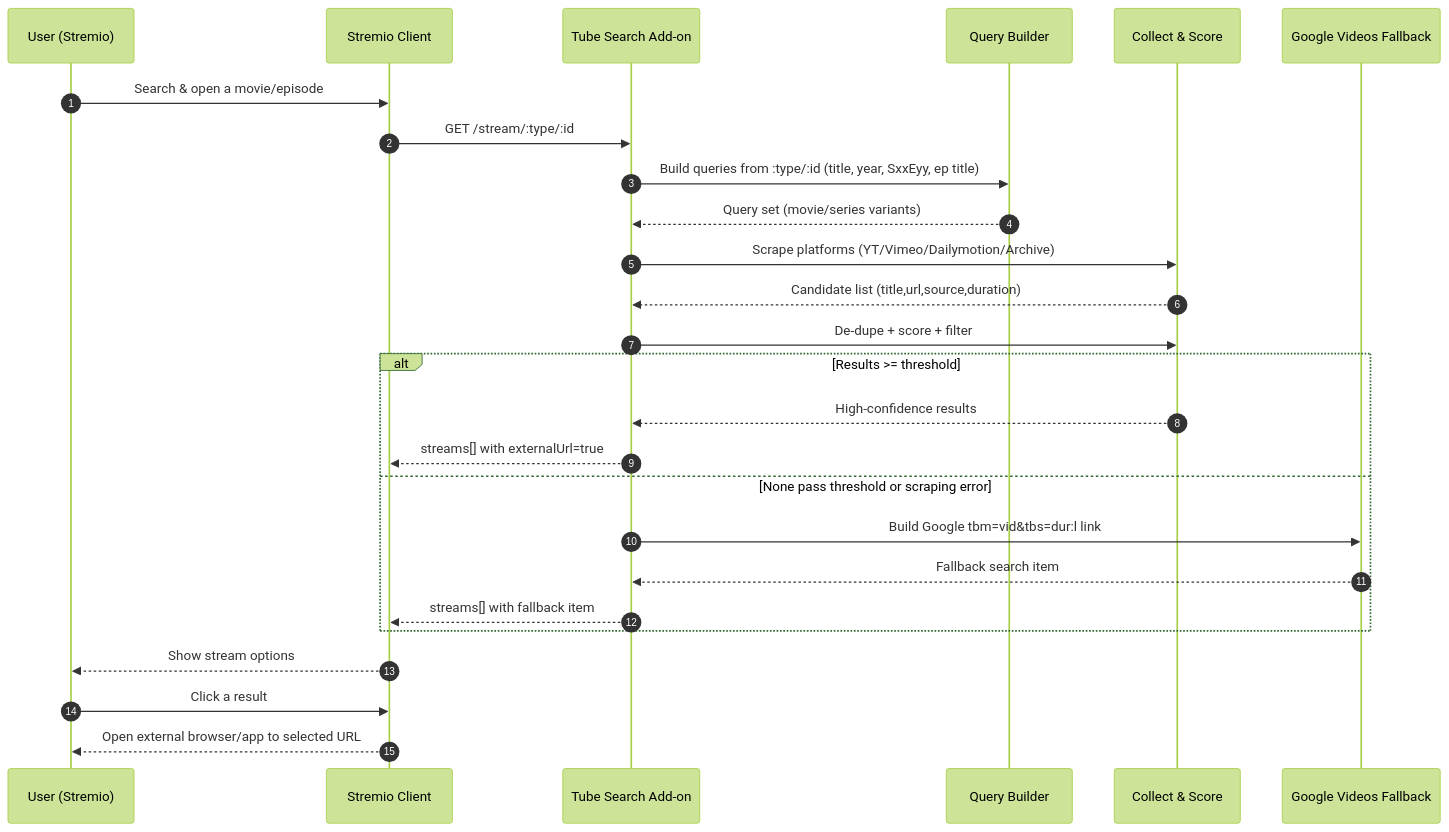
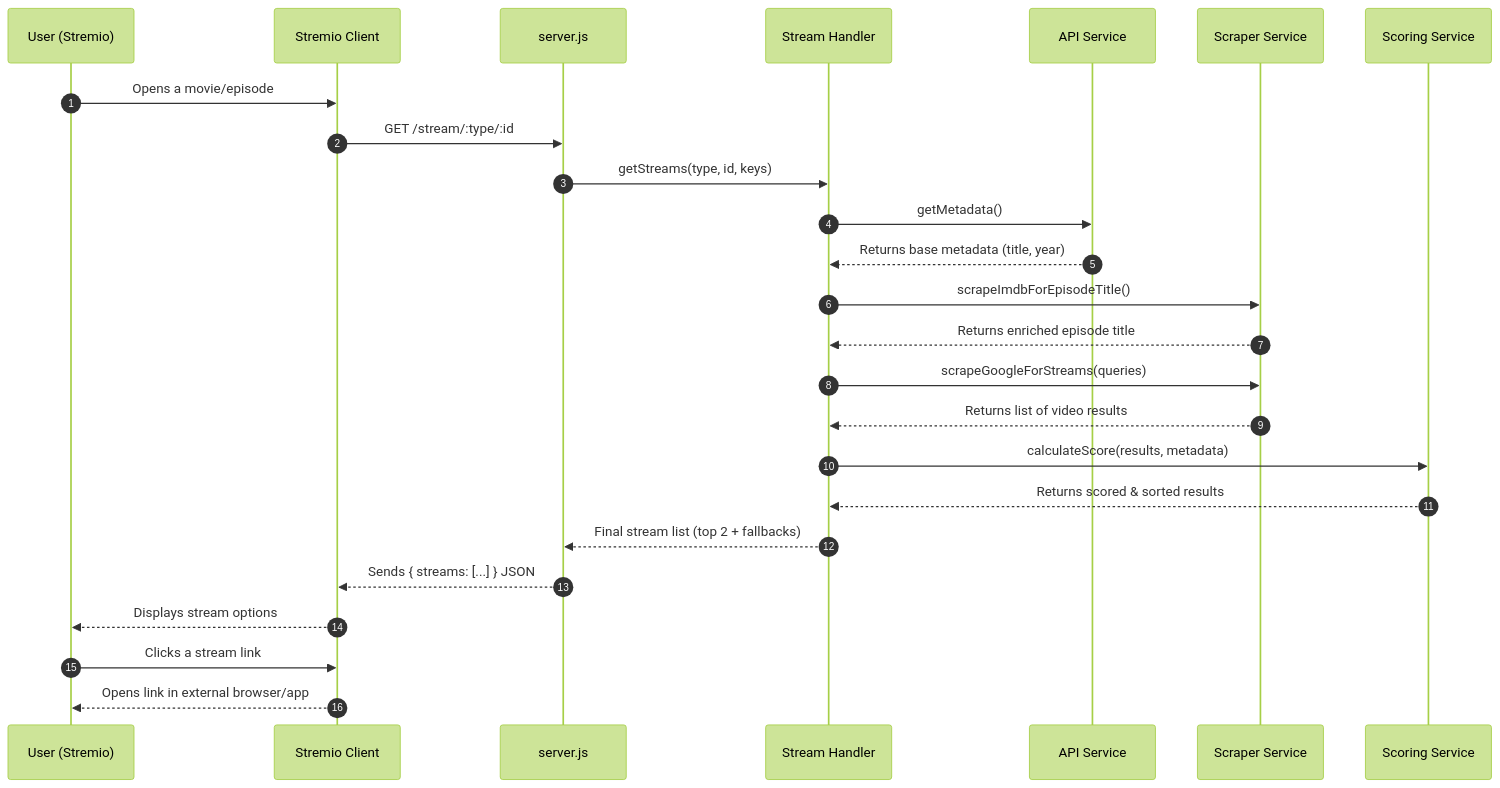
The diagram in README.md (FastZet/Tube-Search), drawn with Mermaid (forest theme) before and after one commit. The commit also changed other lines of this file, not shown here.

````diff
--- a/README.md
+++ b/README.md
@@ -137,29 +108,28 @@
 ```mermaid
 sequenceDiagram
   autonumber
   participant U as User (Stremio)
   participant S as Stremio Client
-  participant A as Tube Search Add-on
-  participant Q as Query Builder
-  participant C as Collect & Score
-  participant G as Google Videos Fallback
+  participant Server as server.js
+  participant Handler as Stream Handler
+  participant API as API Service
+  participant Scraper as Scraper Service
+  participant Scorer as Scoring Service
 
-  U->>S: Search & open a movie/episode
-  S->>A: GET /stream/:type/:id
-  A->>Q: Build queries from :type/:id (title, year, SxxEyy, ep title)
-  Q-->>A: Query set (movie/series variants)
-  A->>C: Scrape platforms (YT/Vimeo/Dailymotion/Archive)
-  C-->>A: Candidate list (title,url,source,duration)
-  A->>C: De-dupe + score + filter
-  alt Results >= threshold
-    C-->>A: High-confidence results
-    A-->>S: streams[] with externalUrl=true
-  else None pass threshold or scraping error
-    A->>G: Build Google tbm=vid&tbs=dur:l link
-    G-->>A: Fallback search item
-    A-->>S: streams[] with fallback item
-  end
-  S-->>U: Show stream options
-  U->>S: Click a result
-  S-->>U: Open external browser/app to selected URL
+  U->>S: Opens a movie/episode
+  S->>Server: GET /stream/:type/:id
+  Server->>Handler: getStreams(type, id, keys)
+  Handler->>API: getMetadata()
+  API-->>Handler: Returns base metadata (title, year)
+  Handler->>Scraper: scrapeImdbForEpisodeTitle()
+  Scraper-->>Handler: Returns enriched episode title
+  Handler->>Scraper: scrapeGoogleForStreams(queries)
+  Scraper-->>Handler: Returns list of video results
+  Handler->>Scorer: calculateScore(results, metadata)
+  Scorer-->>Handler: Returns scored & sorted results
+  Handler-->>Server: Final stream list (top 2 + fallbacks)
+  Server-->>S: Sends { streams: [...] } JSON
+  S-->>U: Displays stream options
+  U->>S: Clicks a stream link
+  S-->>U: Opens link in external browser/app
 ```
````
